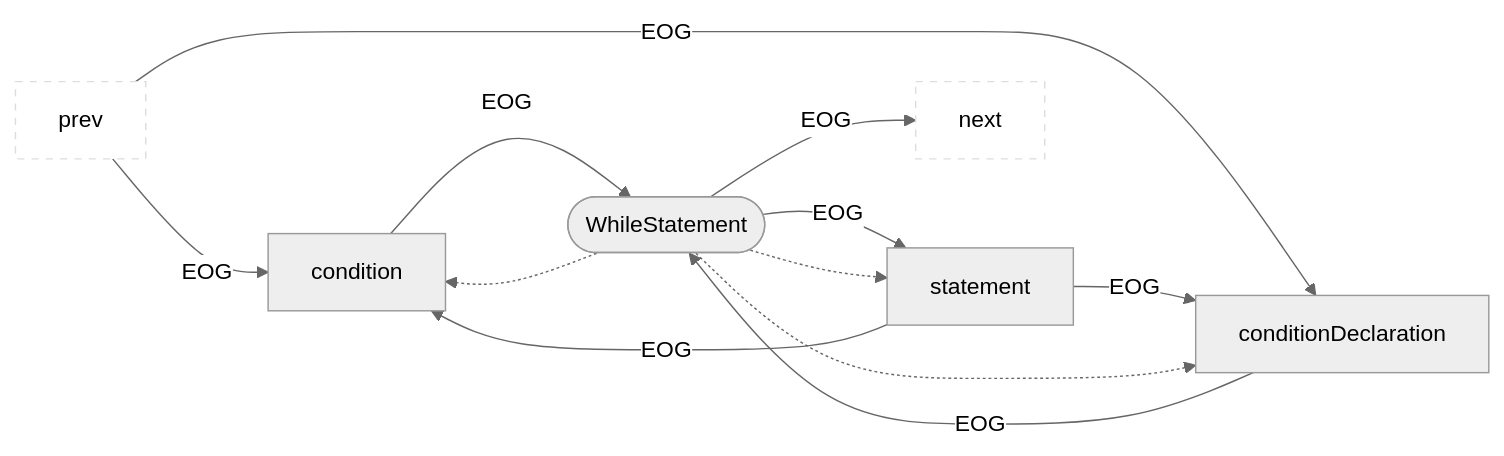
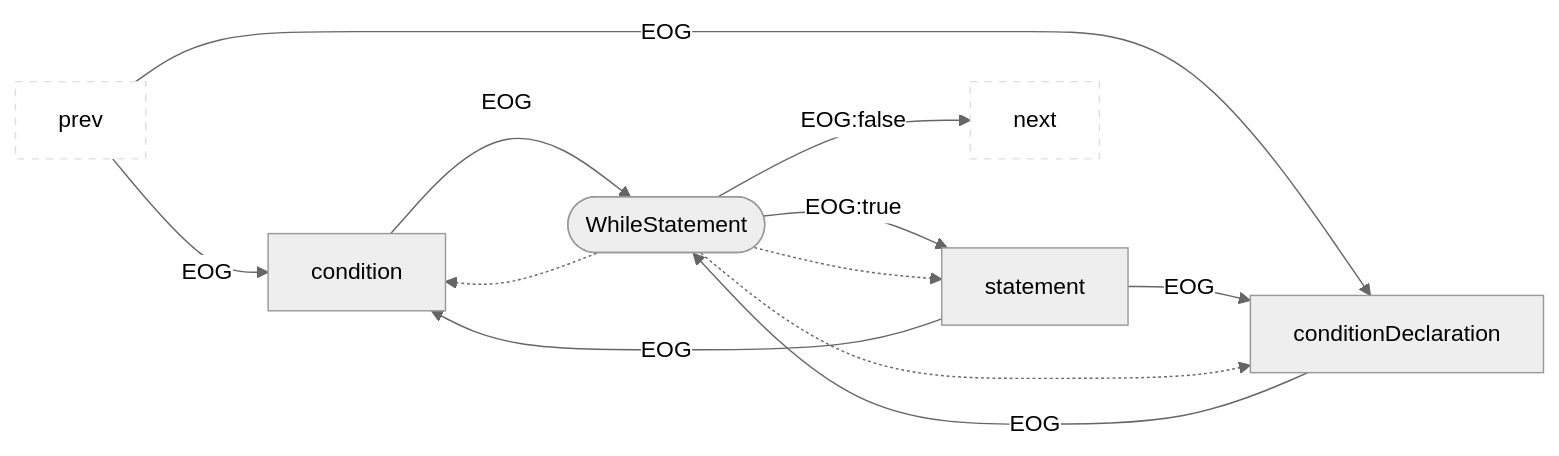
Diagram 32 of 36 in cpg-core/specifications/eog.md (Fraunhofer-AISEC/cpg), drawn with Mermaid (neutral theme) before and after one commit. The commit also changed other lines of this file, not shown here.

````diff
--- a/cpg-core/specifications/eog.md
+++ b/cpg-core/specifications/eog.md
@@ -425,16 +425,16 @@
 ```mermaid
 flowchart LR
   classDef outer fill:#fff,stroke:#ddd,stroke-dasharray:5 5;
   prev:::outer --EOG--> child1["condition"]
   prev:::outer --EOG--> child2["conditionDeclaration"]
   child1 --EOG--> parent
   child2 --EOG--> parent
-  parent(["WhileStatement"]) --EOG--> child3["statement"]
-  parent --EOG--> next:::outer
+  parent(["WhileStatement"]) --EOG:true--> child3["statement"]
+  parent --EOG:false--> next:::outer
   child3 --EOG--> child1
   child3 --EOG--> child2
   parent -.-> child1
   parent -.-> child2
   parent -.-> child3
 
 ```
````
